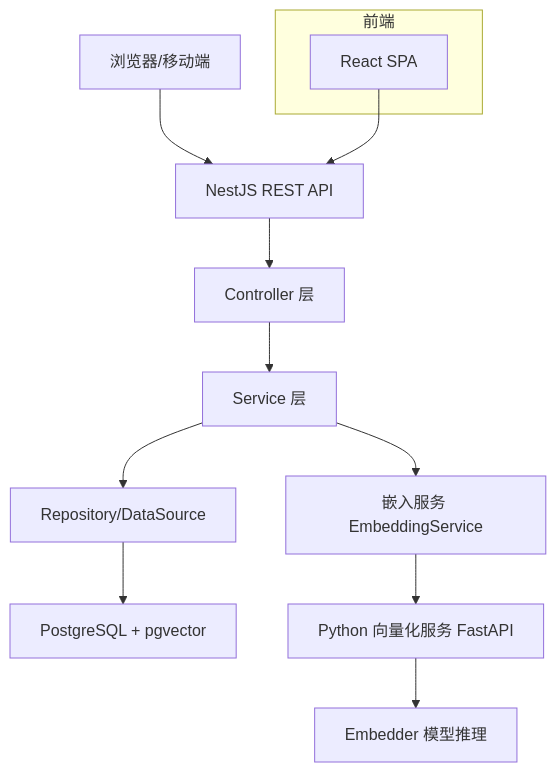
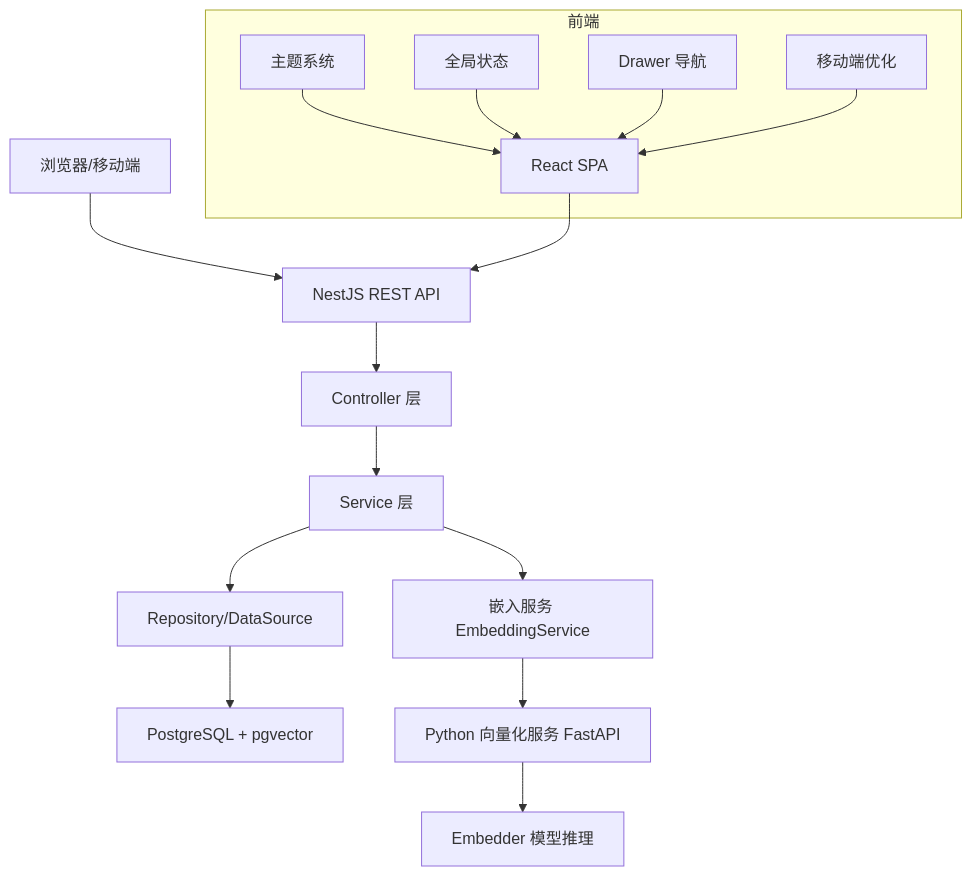
Before and after one commit to L1mingyoung/ex: the second of 8 diagrams in .qoder/repowiki/zh/content/项目概述/学习笔记.md, drawn with Mermaid. The commit also changed other lines of this file and 21 other files, not shown here.

````diff
--- a/.qoder/repowiki/zh/content/项目概述/学习笔记.md
+++ b/.qoder/repowiki/zh/content/项目概述/学习笔记.md
@@ -127,15 +149,23 @@
 ```mermaid
 graph TB
 CLIENT["浏览器/移动端"] --> API["NestJS REST API"]
 API --> CTRL["Controller 层"]
 CTRL --> SVC["Service 层"]
 SVC --> REPO["Repository/DataSource"]
 REPO --> DB["PostgreSQL + pgvector"]
 SVC --> EMB["嵌入服务 EmbeddingService"]
 EMB --> PY["Python 向量化服务 FastAPI"]
 PY --> EMB_MODEL["Embedder 模型推理"]
 subgraph "前端"
 WEB["React SPA"]
+THEME["主题系统"]
+CONTEXT["全局状态"]
+DRAWER["Drawer 导航"]
+MOBILE["移动端优化"]
 end
 WEB --> API
+THEME --> WEB
+CONTEXT --> WEB
+DRAWER --> WEB
+MOBILE --> WEB
 ```
````
